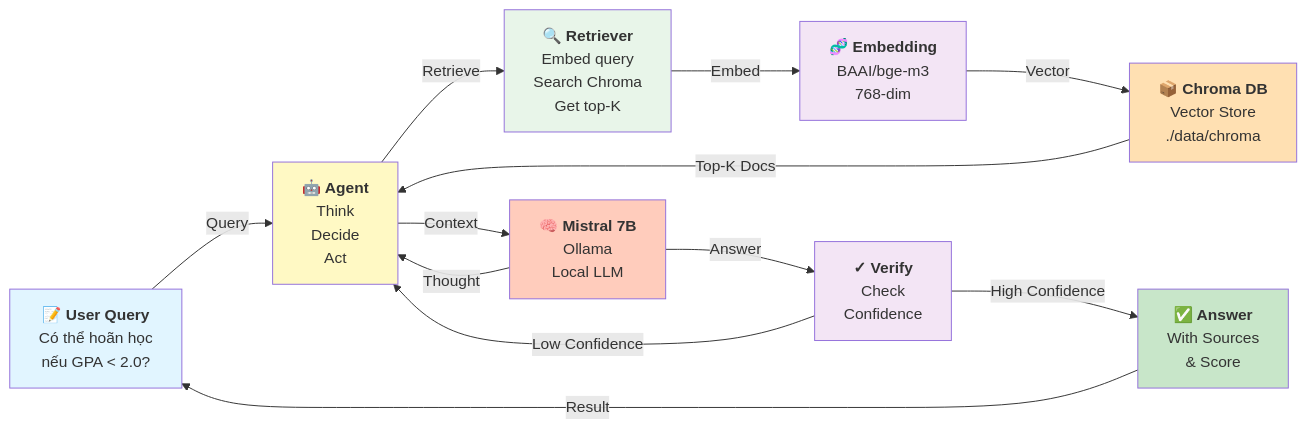
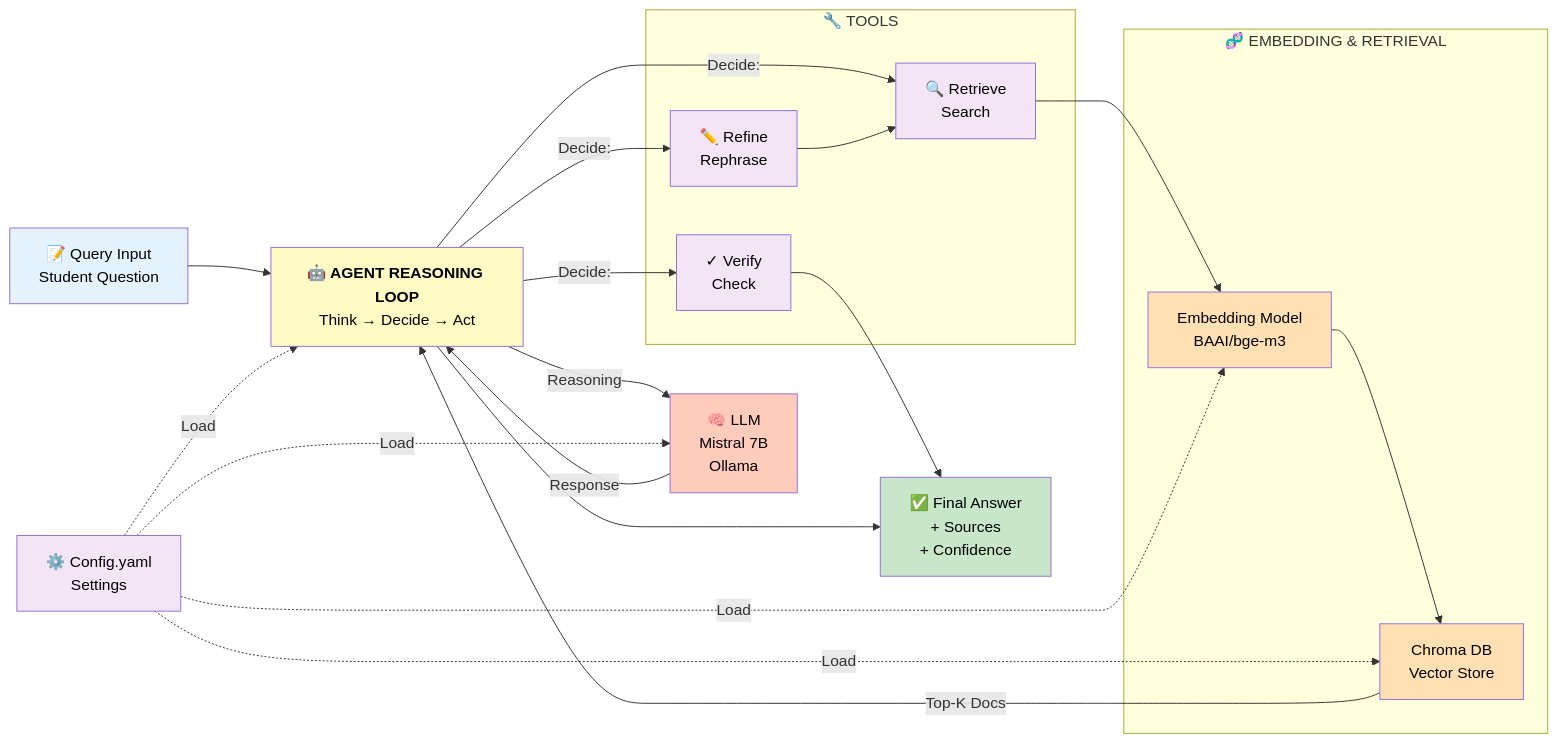
One commit to Wanlee0701/hust-agentic-rag changed the first of 7 diagrams in docs/ARCHITECTURE_DIAGRAM_AGENTIC_RAG.md. Above: the diagram before and after it, drawn with Mermaid. The commit also changed other lines of this file and 32 other files, not shown here.

Commit message:
feat: restructure directory architecture and prepare for open-source release

````diff
--- a/docs/ARCHITECTURE_DIAGRAM_AGENTIC_RAG.md
+++ b/docs/ARCHITECTURE_DIAGRAM_AGENTIC_RAG.md
@@ -5,42 +5,57 @@
 ```mermaid
 graph LR
-    Q["<b>📝 User Query</b><br/>Có thể hoãn học<br/>nếu GPA < 2.0?"]
+    QUERY["📝 Query Input<br/>Student Question"]
     
-    AGENT["<b>🤖 Agent</b><br/>Think<br/>Decide<br/>Act"]
+    AGENT["<b>🤖 AGENT REASONING LOOP</b><br/>Think → Decide → Act"]
     
-    RETRIEVER["<b>🔍 Retriever</b><br/>Embed query<br/>Search Chroma<br/>Get top-K"]
+    subgraph TOOLS["🔧 TOOLS"]
+        RET["🔍 Retrieve<br/>Search"]
+        REF["✏️ Refine<br/>Rephrase"]
+        VER["✓ Verify<br/>Check"]
+    end
     
-    EMBED["<b>🧬 Embedding</b><br/>BAAI/bge-m3<br/>768-dim"]
+    subgraph EMBEDDING["🧬 EMBEDDING & RETRIEVAL"]
+        EMB["Embedding Model<br/>BAAI/bge-m3"]
+        VDB["Chroma DB<br/>Vector Store"]
+    end
     
-    VDB["<b>📦 Chroma DB</b><br/>Vector Store<br/>./data/chroma"]
+    LLM["🧠 LLM<br/>Mistral 7B<br/>Ollama"]
     
-    LLM["<b>🧠 Mistral 7B</b><br/>Ollama<br/>Local LLM"]
+    CONFIG["⚙️ Config.yaml<br/>Settings"]
     
-    VERIFY["<b>✓ Verify</b><br/>Check<br/>Confidence"]
+    ANSWER["✅ Final Answer<br/>+ Sources<br/>+ Confidence"]
     
-    ANSWER["<b>✅ Answer</b><br/>With Sources<br/>& Score"]
+    QUERY --> AGENT
     
-    Q -->|Query| AGENT
-    AGENT -->|Retrieve| RETRIEVER
-    RETRIEVER -->|Embed| EMBED
-    EMBED -->|Vector| VDB
+    AGENT -->|Decide:| RET
+    AGENT -->|Decide:| REF
+    AGENT -->|Decide:| VER
+    
+    RET --> EMB
+    REF --> RET
+    VER --> ANSWER
+    
+    EMB --> VDB
     VDB -->|Top-K Docs| AGENT
     
-    AGENT -->|Context| LLM
-    LLM -->|Thought| AGENT
-    LLM -->|Answer| VERIFY
+    AGENT -->|Reasoning| LLM
+    LLM -->|Response| AGENT
     
-    VERIFY -->|High Confidence| ANSWER
-    VERIFY -->|Low Confidence| AGENT
+    CONFIG -.->|Load| EMB
+    CONFIG -.->|Load| VDB
+    CONFIG -.->|Load| LLM
+    CONFIG -.->|Load| AGENT
     
-    ANSWER -->|Result| Q
+    AGENT --> ANSWER
     
-    style Q fill:#e1f5ff
-    style ANSWER fill:#c8e6c9
-    style AGENT fill:#fff9c4
-    style LLM fill:#ffccbc
-    style VDB fill:#ffe0b2
-    style EMBED fill:#f3e5f5
-    style RETRIEVER fill:#e8f5e9
-    style VERIFY fill:#f3e5f5
+    style QUERY fill:#e3f2fd,color:#000
+    style ANSWER fill:#c8e6c9,color:#000
+    style AGENT fill:#fff9c4,color:#000
+    style LLM fill:#ffccbc,color:#000
+    style CONFIG fill:#f3e5f5,color:#000
+    style EMB fill:#ffe0b2,color:#000
+    style VDB fill:#ffe0b2,color:#000
+    style RET fill:#f3e5f5,color:#000
+    style REF fill:#f3e5f5,color:#000
+    style VER fill:#f3e5f5,color:#000
 ```
````
